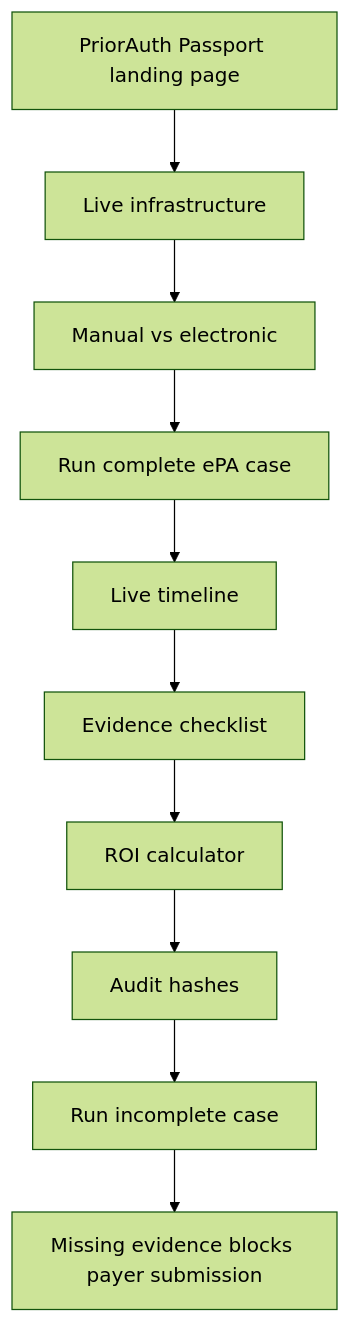
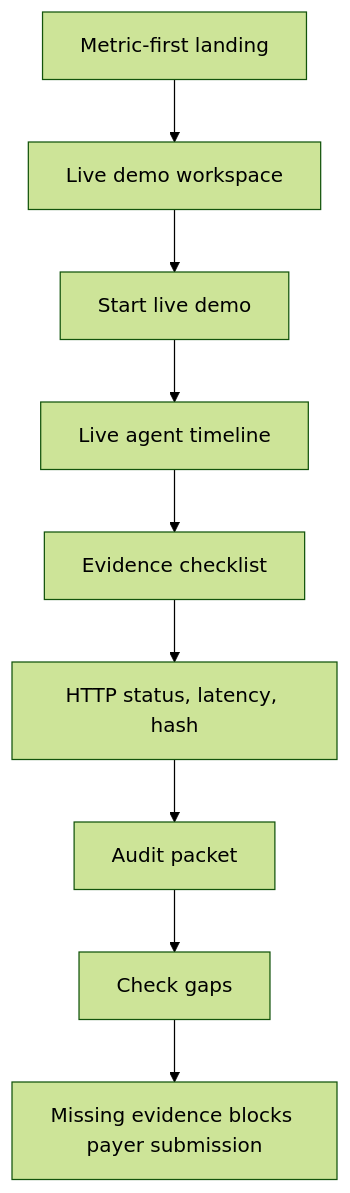
Before and after one commit to roshaninfordham/healthagentpassport: the diagram in docs/demo-guide.md, drawn with Mermaid (forest theme). The commit also changed other lines of this file and 34 other files, not shown here.

Commit message:
Build hosted prior auth demo workspace

````diff
--- a/docs/demo-guide.md
+++ b/docs/demo-guide.md
@@ -14,12 +14,11 @@
 ```mermaid
 flowchart TD
-  Hero["PriorAuth Passport landing page"] --> Infra["Live infrastructure"]
-  Infra --> Compare["Manual vs electronic"]
-  Compare --> Complete["Run complete ePA case"]
-  Complete --> Timeline["Live timeline"]
+  Hero["Metric-first landing"] --> Workspace["Live demo workspace"]
+  Workspace --> Complete["Start live demo"]
+  Complete --> Timeline["Live agent timeline"]
   Timeline --> Evidence["Evidence checklist"]
-  Evidence --> Roi["ROI calculator"]
-  Roi --> Audit["Audit hashes"]
-  Audit --> Incomplete["Run incomplete case"]
+  Evidence --> Proof["HTTP status, latency, hash"]
+  Proof --> Audit["Audit packet"]
+  Audit --> Incomplete["Check gaps"]
   Incomplete --> Guardrail["Missing evidence blocks payer submission"]
 ```
````
